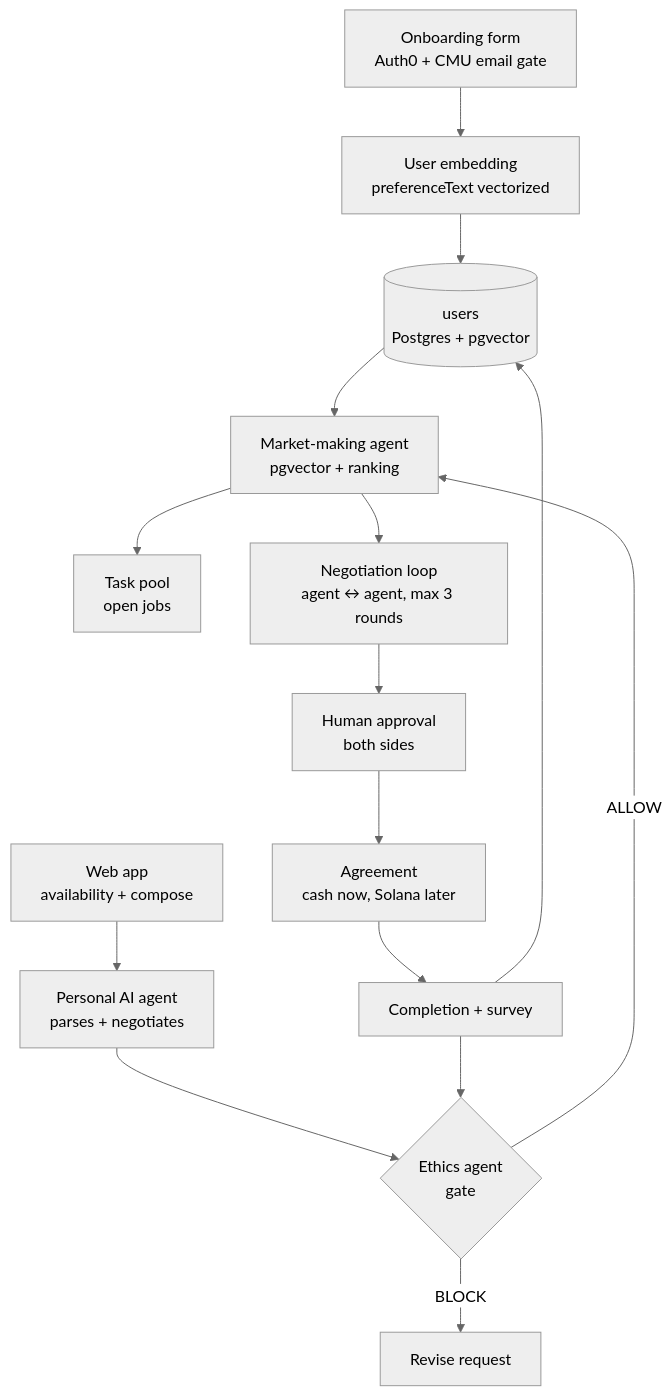
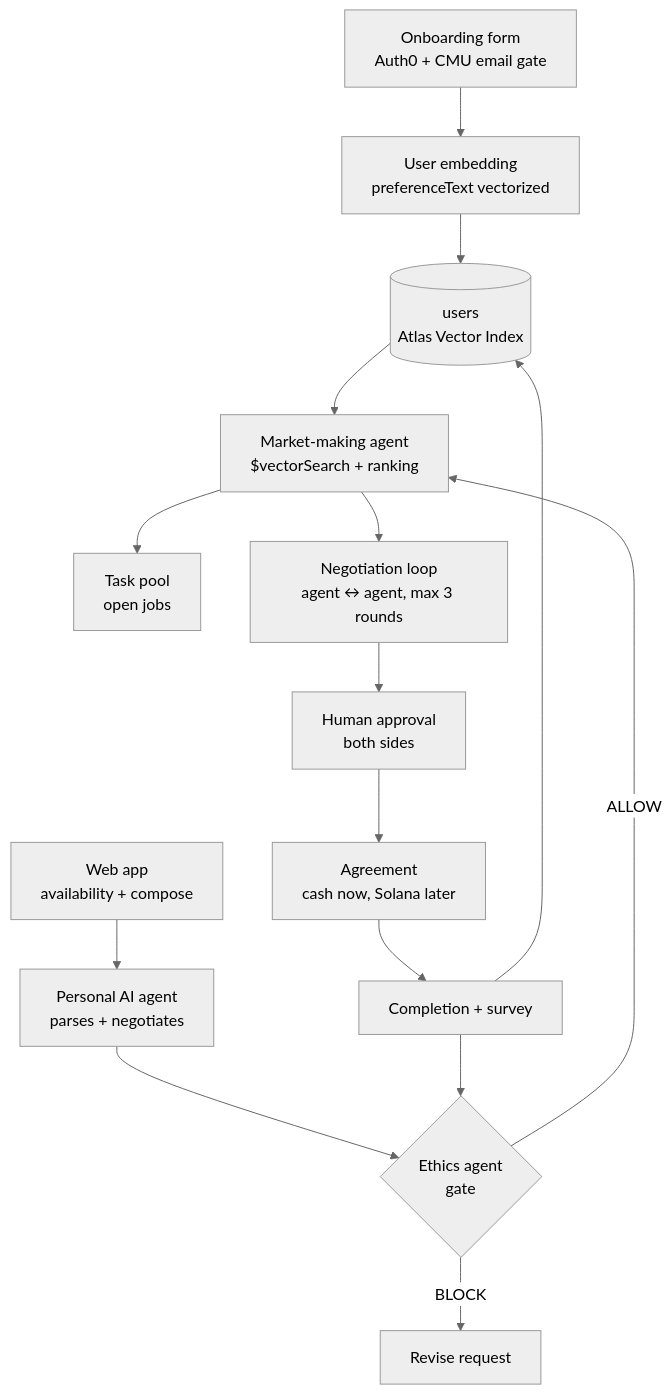
Before and after one commit to SunfishTK1/sightline-hackathon: the diagram in gotchu-hackathon-spec.md, drawn with Mermaid (neutral theme). The commit also changed other lines of this file and 143 other files, not shown here.

````diff
--- a/gotchu-hackathon-spec.md
+++ b/gotchu-hackathon-spec.md
@@ -575,17 +602,17 @@
 ```mermaid
 flowchart TD
   A[Onboarding form<br/>Auth0 + CMU email gate] --> B[User embedding<br/>preferenceText vectorized]
-  B --> C[(users<br/>Postgres + pgvector)]
+  B --> C[(users<br/>Atlas Vector Index)]
   D[Web app<br/>availability + compose] --> E[Personal AI agent<br/>parses + negotiates]
   E --> F{Ethics agent<br/>gate}
   F -->|BLOCK| G[Revise request]
-  F -->|ALLOW| H[Market-making agent<br/>pgvector + ranking]
+  F -->|ALLOW| H[Market-making agent<br/>$vectorSearch + ranking]
   C --> H
   H --> I[Task pool<br/>open jobs]
   H --> J[Negotiation loop<br/>agent ↔ agent, max 3 rounds]
   J --> K[Human approval<br/>both sides]
   K --> L[Agreement<br/>cash now, Solana later]
   L --> M[Completion + survey]
   M --> F
   M --> C
 ```
````
